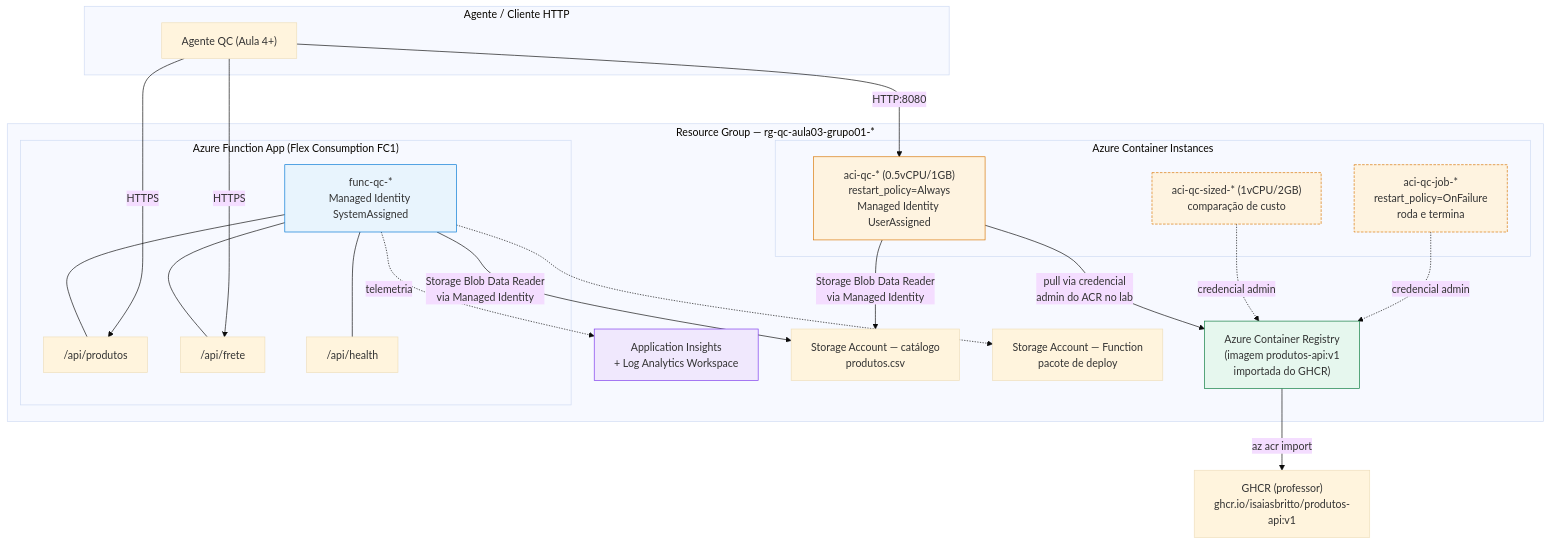
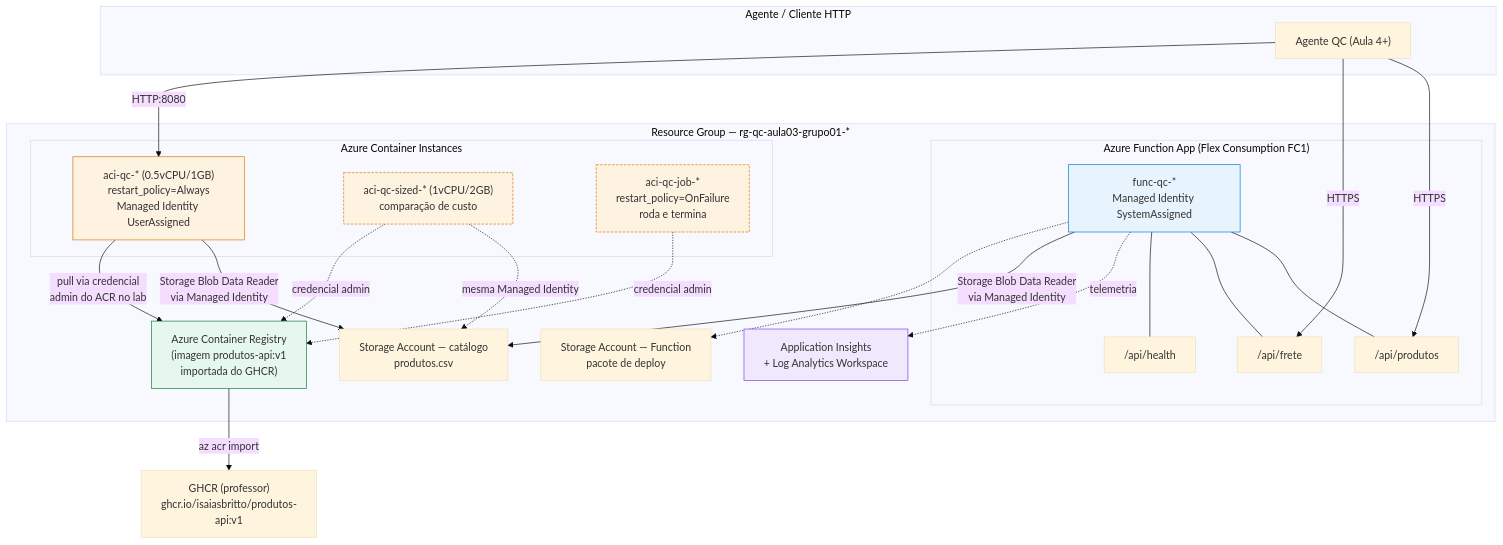
One commit to gabriel-dantas98/fiap-mba-multi-agent changed the diagram in cloud-cognitive/aula03/diagramas/arquitetura-qc-aula03.mmd. Above: the diagram before and after it, drawn with Mermaid (base theme). The commit also changed 9 other files, not shown here.

```diff
--- a/cloud-cognitive/aula03/diagramas/arquitetura-qc-aula03.mmd
+++ b/cloud-cognitive/aula03/diagramas/arquitetura-qc-aula03.mmd
@@ -1,53 +1,54 @@
 flowchart TB
     subgraph Cliente["Agente / Cliente HTTP"]
         Agente["Agente QC (Aula 4+)"]
     end
 
     subgraph RG["Resource Group — rg-qc-aula03-grupo01-*"]
         subgraph FnBox["Azure Function App (Flex Consumption FC1)"]
             Fn["func-qc-*<br/>Managed Identity SystemAssigned"]
             FnProdutos["/api/produtos"]
             FnFrete["/api/frete"]
             FnHealth["/api/health"]
             Fn --- FnProdutos
             Fn --- FnFrete
             Fn --- FnHealth
         end
 
         AI["Application Insights<br/>+ Log Analytics Workspace"]
 
         subgraph ACIBox["Azure Container Instances"]
             ACI["aci-qc-* (0.5vCPU/1GB)<br/>restart_policy=Always<br/>Managed Identity UserAssigned"]
             ACISized["aci-qc-sized-* (1vCPU/2GB)<br/>comparação de custo"]
             ACIJob["aci-qc-job-*<br/>restart_policy=OnFailure<br/>roda e termina"]
         end
 
         ACR["Azure Container Registry<br/>(imagem produtos-api:v1<br/>importada do GHCR)"]
 
         StCat["Storage Account — catálogo<br/>produtos.csv"]
         StFunc["Storage Account — Function<br/>pacote de deploy"]
     end
 
     GHCR["GHCR (professor)<br/>ghcr.io/isaiasbritto/produtos-api:v1"]
 
     Agente -->|HTTPS| FnProdutos
     Agente -->|HTTPS| FnFrete
     Agente -->|HTTP:8080| ACI
 
     Fn -.->|telemetria| AI
     Fn -->|Storage Blob Data Reader<br/>via Managed Identity| StCat
     Fn -.-> StFunc
 
     ACI -->|Storage Blob Data Reader<br/>via Managed Identity| StCat
+    ACISized -.->|mesma Managed Identity| StCat
     ACI -->|pull via credencial<br/>admin do ACR no lab| ACR
     ACISized -.->|credencial admin| ACR
     ACIJob -.->|credencial admin| ACR
 
     ACR -->|az acr import| GHCR
 
     style Fn fill:#e8f4fd,stroke:#0078d4
     style ACI fill:#fef3e0,stroke:#d97706
     style ACISized fill:#fef3e0,stroke:#d97706,stroke-dasharray: 4 2
     style ACIJob fill:#fef3e0,stroke:#d97706,stroke-dasharray: 4 2
     style AI fill:#f0e8fd,stroke:#7c3aed
     style ACR fill:#e6f7ee,stroke:#0a7a3d
```
